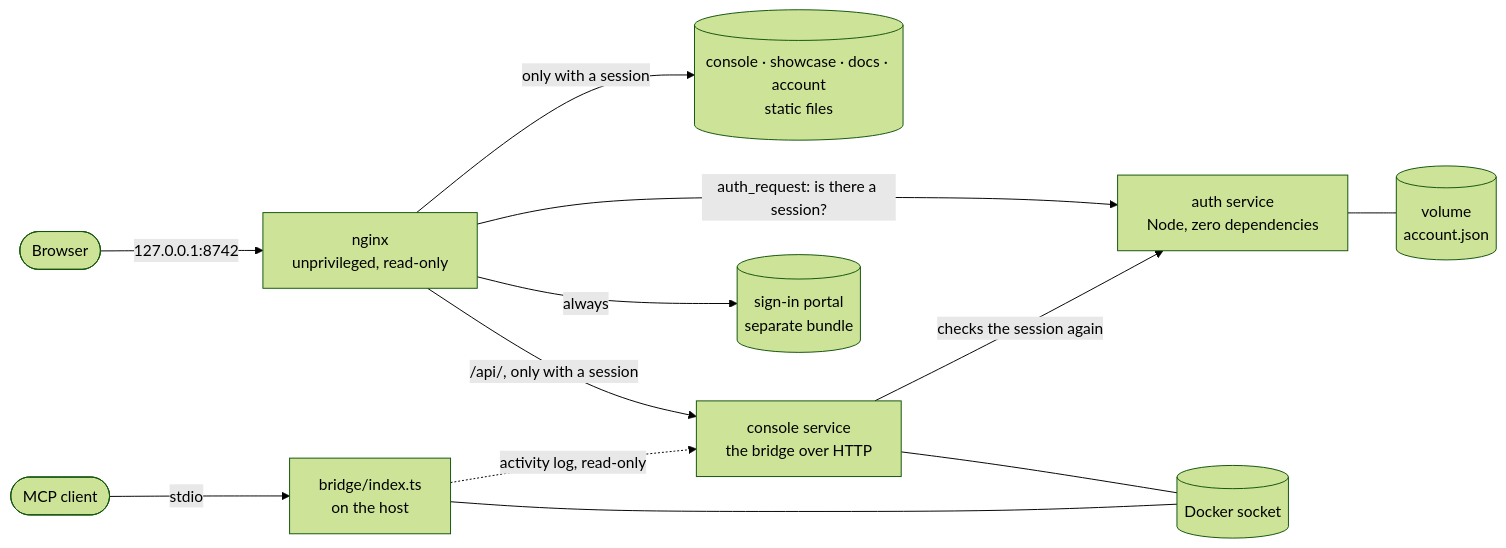
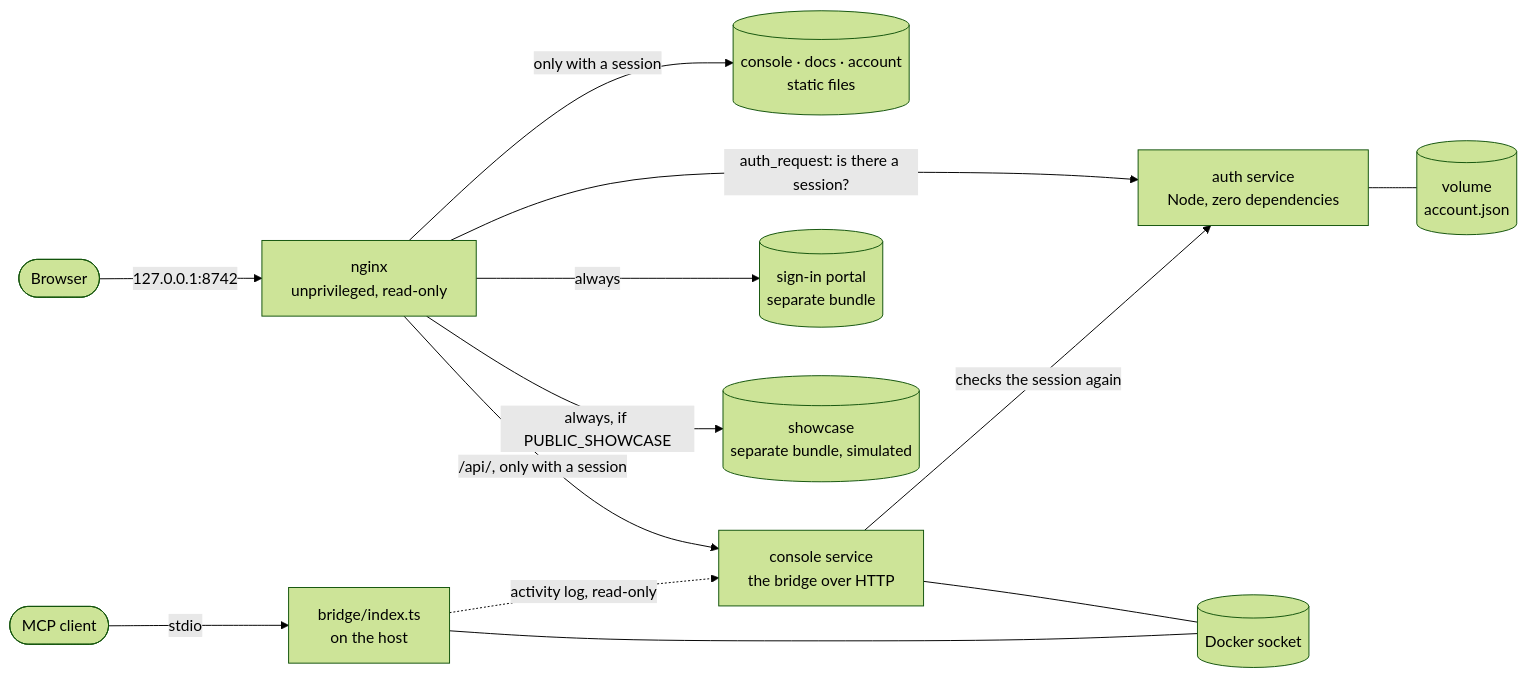
Before and after one commit to kizzbonez/docker_bridge: the diagram in README.md, drawn with Mermaid (forest theme). The commit also changed other lines of this file and 40 other files, not shown here.

First line of the commit message:
feat(showcase): let the simulated showcase be public

````diff
--- a/README.md
+++ b/README.md
@@ -286,14 +299,15 @@
 ```mermaid
 flowchart LR
   B([Browser]) -->|127.0.0.1:8742| N[nginx<br/>unprivileged, read-only]
   N -->|"auth_request: is there a session?"| A[auth service<br/>Node, zero dependencies]
-  N -->|only with a session| S[(console · showcase · docs · account<br/>static files)]
+  N -->|only with a session| S[(console · docs · account<br/>static files)]
   N -->|"/api/, only with a session"| C[console service<br/>the bridge over HTTP]
   N -->|always| P[(sign-in portal<br/>separate bundle)]
+  N -->|"always, if PUBLIC_SHOWCASE"| W[(showcase<br/>separate bundle, simulated)]
   C -->|checks the session again| A
   C --- D[(Docker socket)]
   A --- V[(volume<br/>account.json)]
   M([MCP client]) -->|stdio| R[bridge/index.ts<br/>on the host]
   R --- D
   R -.->|activity log, read-only| C
 ```
````
